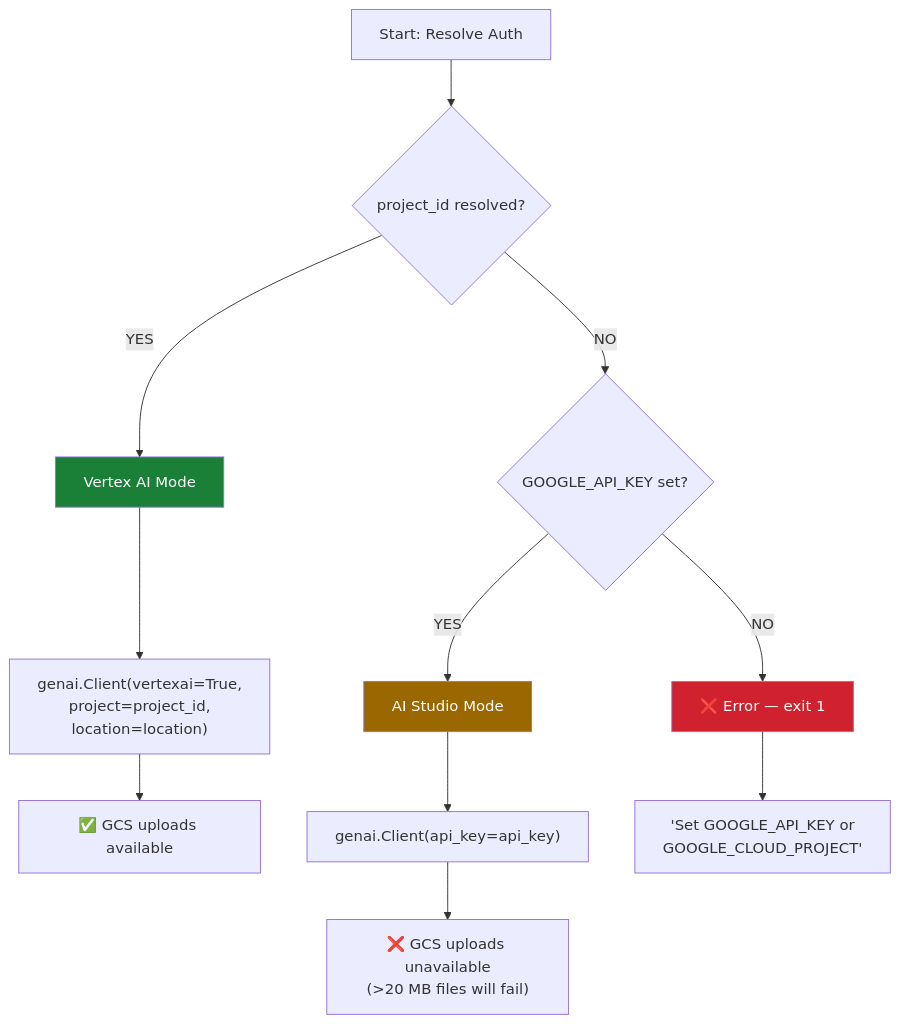
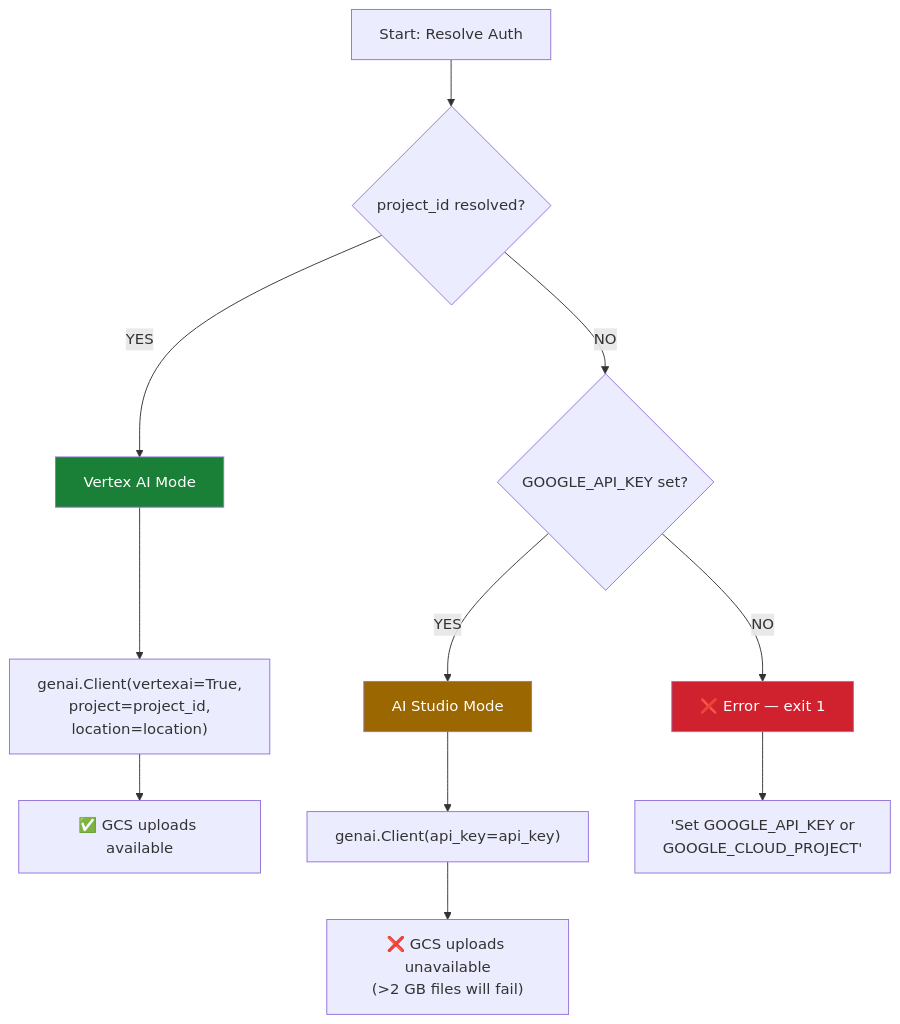
One commit to Aurelian-Shuttleworth/agent-ear changed the first of 2 diagrams in docs/reference/authentication.md. Above: the diagram before and after it, drawn with Mermaid. The commit also changed other lines of this file and 13 other files, not shown here.

````diff
--- a/docs/reference/authentication.md
+++ b/docs/reference/authentication.md
@@ -31,17 +31,17 @@
 ```mermaid
 flowchart TD
     A["Start: Resolve Auth"] --> B{"project_id resolved?"}
     B -->|"YES"| C["Vertex AI Mode"]
     C --> C1["genai.Client(vertexai=True,\nproject=project_id,\nlocation=location)"]
     C1 --> C2["✅ GCS uploads available"]
     B -->|"NO"| D{"GOOGLE_API_KEY set?"}
     D -->|"YES"| E["AI Studio Mode"]
     E --> E1["genai.Client(api_key=api_key)"]
-    E1 --> E2["❌ GCS uploads unavailable\n(>20 MB files will fail)"]
+    E1 --> E2["❌ GCS uploads unavailable\n(>2 GB files will fail)"]
     D -->|"NO"| F["❌ Error — exit 1"]
     F --> F1["'Set GOOGLE_API_KEY or\nGOOGLE_CLOUD_PROJECT'"]
 
     style C fill:#1a7f37,color:#fff
     style E fill:#9a6700,color:#fff
     style F fill:#cf222e,color:#fff
 ```
````
